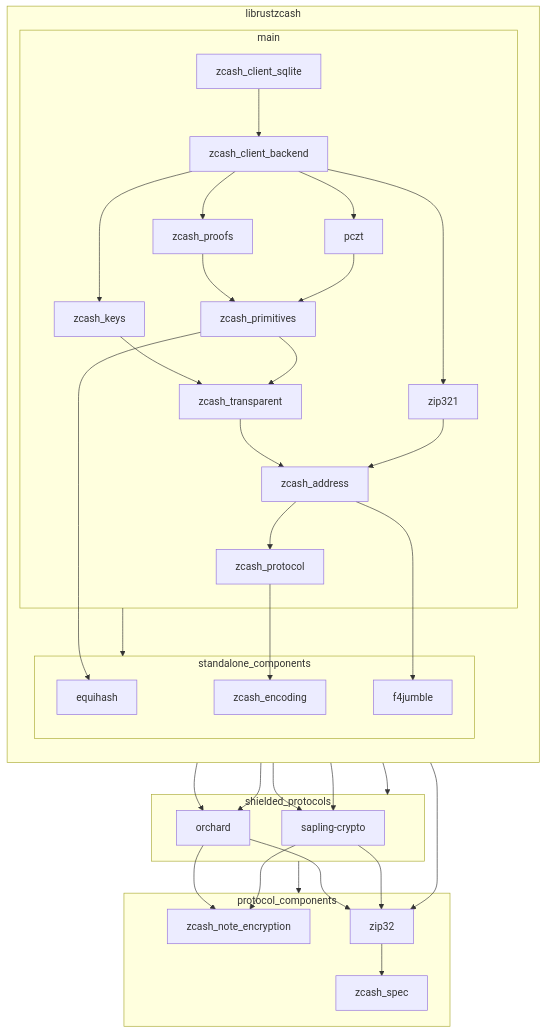
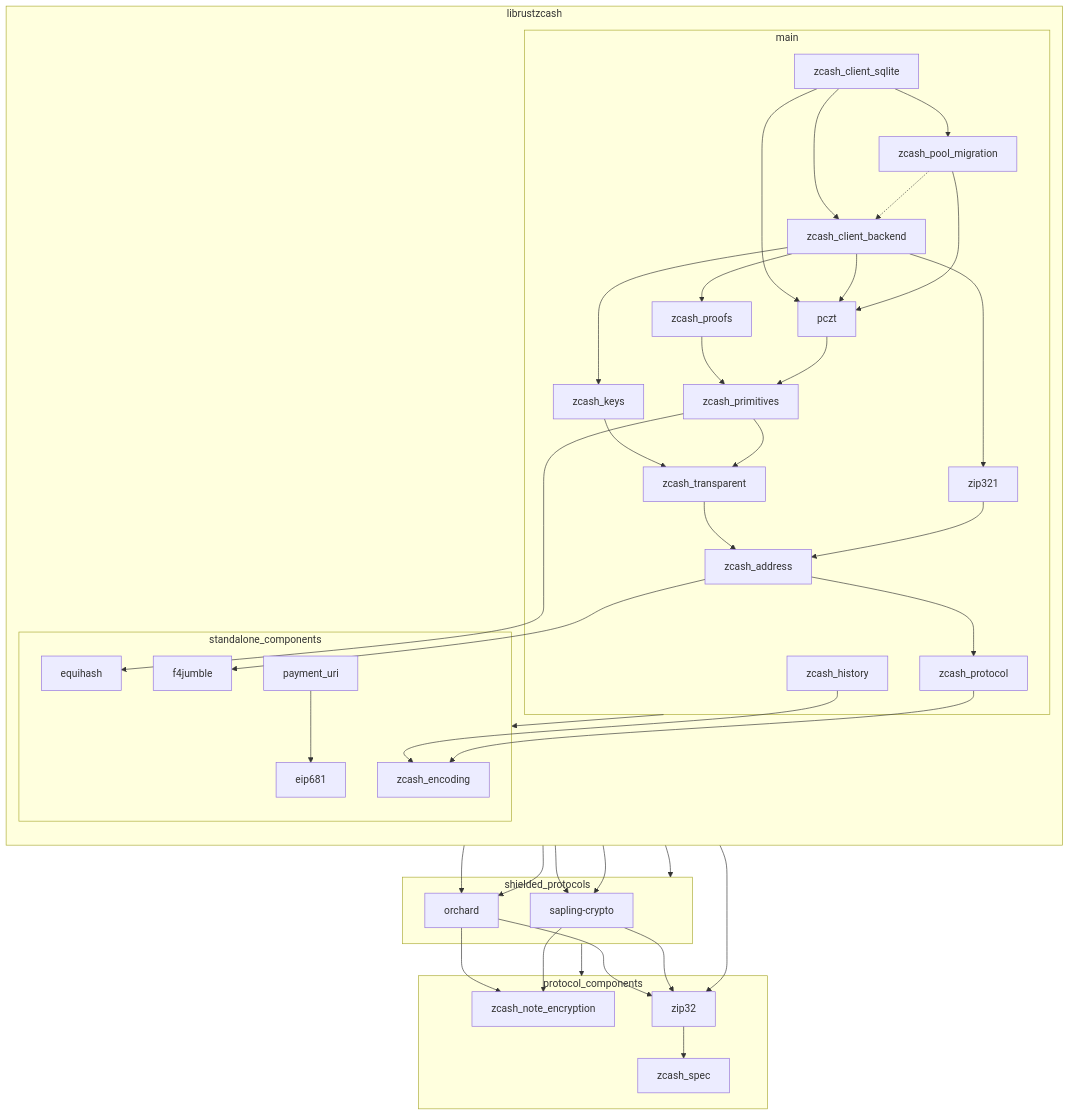
One commit to NoirWallet/zcash-wallet-wasm changed the diagram in librustzcash/README.md. Above: the diagram before and after it, drawn with Mermaid. The commit also changed other lines of this file and 291 other files, not shown here.

Commit message:
build: align wallet with voting lrz revision

````diff
--- a/librustzcash/README.md
+++ b/librustzcash/README.md
@@ -23,6 +23,7 @@
         direction TB
         subgraph main
             zcash_address
+            zcash_history
             zcash_primitives
             zcash_transparent
             zcash_proofs
@@ -31,12 +32,15 @@
             zcash_client_backend
             zcash_client_sqlite
             zcash_keys
+            zcash_pool_migration
             zip321
         end
 
         subgraph standalone_components
+            eip681
             equihash
             f4jumble
+            payment_uri
             zcash_encoding
         end
     end
@@ -57,10 +61,21 @@
 
     zcash_client_sqlite --> zcash_client_backend
 
+    zcash_client_sqlite --> zcash_pool_migration
+
+    %% The base `pczt` data model backs the pool-migration schema backfills, in
+    %% every build configuration.
+    zcash_client_sqlite --> pczt
+
+    %% The `zcash_client_backend` dependency is gated on the `wallet` feature.
+    zcash_pool_migration -.-> zcash_client_backend
+
     zcash_client_backend --> pczt
+    zcash_pool_migration --> pczt
 
     %% zcash_client_sqlite --> zcash_keys
     zcash_client_backend --> zcash_keys
+    %% zcash_pool_migration --> zcash_keys
 
     zcash_client_backend --> zcash_proofs
 
@@ -68,6 +83,7 @@
     pczt --> zcash_primitives
     %% zcash_client_backend --> zcash_primitives
     %% zcash_client_sqlite --> zcash_primitives
+    %% zcash_pool_migration --> zcash_primitives
 
     %% zcash_client_sqlite --> zcash_transparent
     %% zcash_client_backend --> zcash_transparent
@@ -91,6 +107,7 @@
     %% pczt --> zcash_protocol
     zcash_address --> zcash_protocol
     %% zip321 --> zcash_protocol
+    %% zcash_pool_migration --> zcash_protocol
 
     %% zcash_client_sqlite --> zcash_encoding
     %% zcash_transparent --> zcash_encoding
@@ -98,16 +115,19 @@
     %% zcash_keys --> zcash_encoding
     %% zcash_primitives --> zcash_encoding
     %% zcash_address --> zcash_encoding
+    zcash_history --> zcash_encoding
     zcash_protocol --> zcash_encoding
 
     zcash_primitives --> equihash
     zcash_address --> f4jumble
+    payment_uri --> eip681
 
     %% zcash_client_backend --> orchard
     %% pczt --> orchard
     zcash_keys --> orchard
     zcash_primitives --> orchard
     %% zcash_client_sqlite --> orchard
+    %% zcash_pool_migration --> orchard
 
     %% zcash_client_sqlite --> sapling-crypto
     %% zcash_client_backend --> sapling-crypto
@@ -123,6 +143,7 @@
     %% zcash_client_backend --> zcash_note_encryption
 
     %% zcash_client_sqlite --> zip32
+    %% zcash_pool_migration --> zip32
     %% zcash_client_backend --> zip32
     %% zcash_keys --> zip32
     orchard --> zip32
@@ -142,6 +163,7 @@
     click equihash "https://docs.rs/equihash/" _blank
     click f4jumble "https://docs.rs/f4jumble/" _blank
     click orchard "https://docs.rs/orchard/" _blank
+    click payment_uri "https://docs.rs/payment_uri/" _blank
     click pczt "https://docs.rs/pczt/" _blank
     click sapling-crypto "https://docs.rs/sapling-crypto/" _blank
     click zcash_address "https://docs.rs/zcash_address/" _blank
@@ -150,6 +172,7 @@
     click zcash_client_sqlite "https://docs.rs/zcash_client_sqlite/" _blank
     click zcash_keys "https://docs.rs/zcash_keys/" _blank
     click zcash_note_encryption "https://docs.rs/zcash_note_encryption/" _blank
+    click zcash_pool_migration "https://docs.rs/zcash_pool_migration/" _blank
     click zcash_primitives "https://docs.rs/zcash_primitives/" _blank
     click zcash_proofs "https://docs.rs/zcash_proofs/" _blank
     click zcash_protocol "https://docs.rs/zcash_protocol/" _blank
@@ -157,4 +180,5 @@
     click zcash_transparent "https://docs.rs/zcash_transparent/" _blank
     click zip321 "https://docs.rs/zip321/" _blank
     click zip32 "https://docs.rs/zip32/" _blank
+    click zcash_history "https://docs.rs/zcash_history/" _blank
 ```
````
